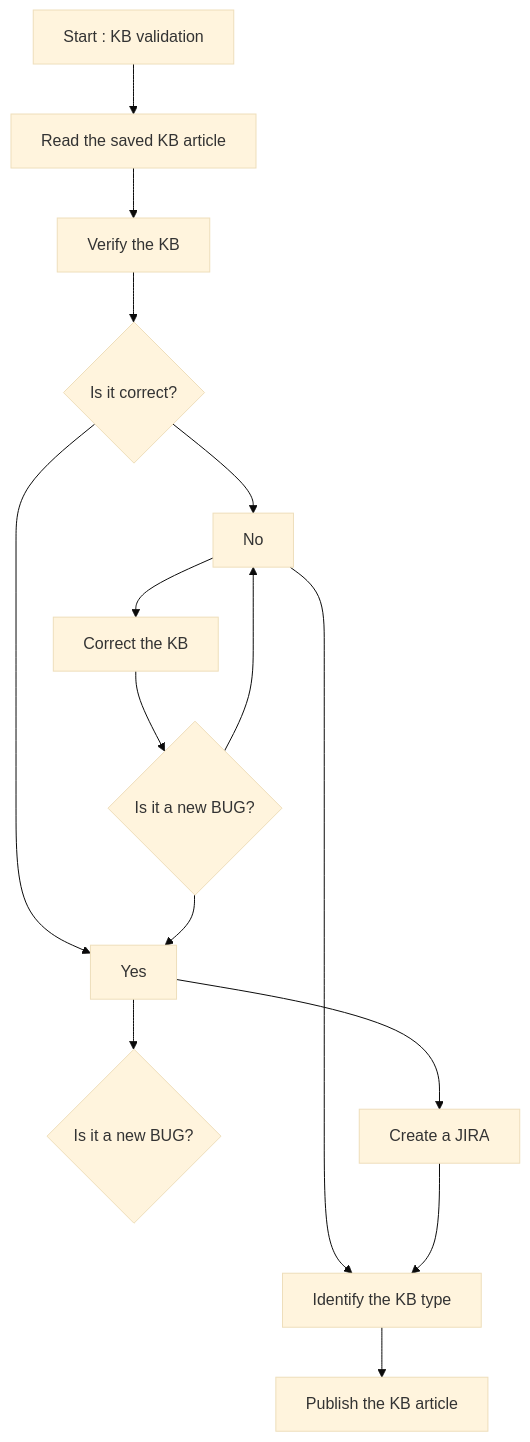
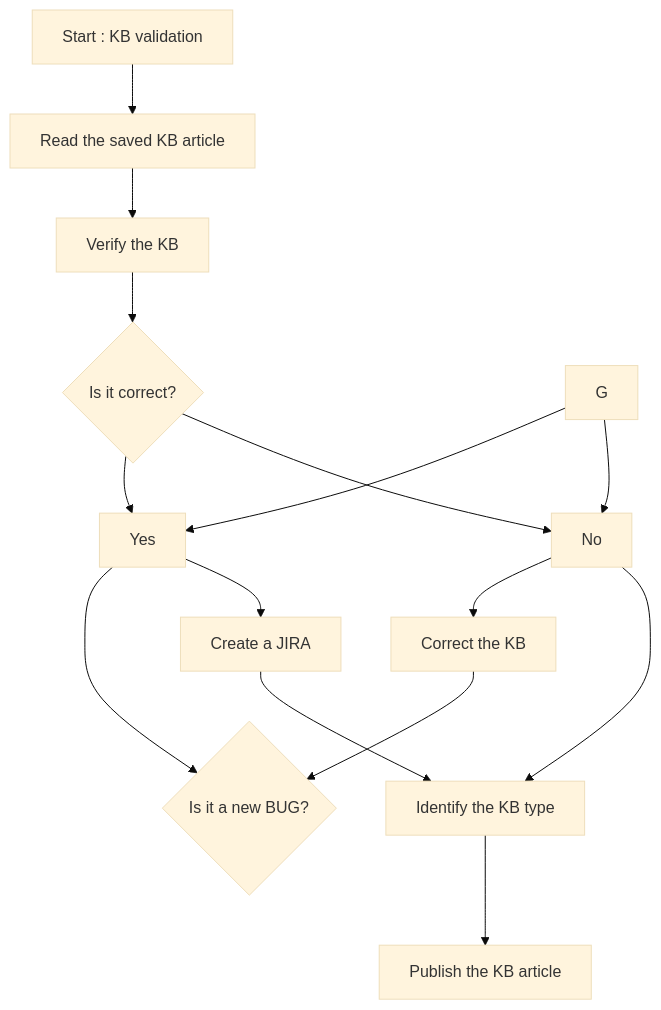
Before and after one commit to alexvea/KB: the third of 3 diagrams in README.md, drawn with Mermaid (base theme).

````diff
--- a/README.md
+++ b/README.md
@@ -165,13 +165,13 @@
 ```mermaid
 flowchart TD
 A[Start : KB validation] --> B[Read the saved KB article];
 B[Read the saved KB article] --> C[Verify the KB];
 C[Verify the KB] --> D{Is it correct?};
 D --> Yes --> E{Is it a new BUG?};
 D --> No --> F[Correct the KB];
-F[Correct the KB] --> G{Is it a new BUG?}
+F --> E{Is it a new BUG?}
 G --> Yes --> H[Create a JIRA];
 G --> No --> I[Identify the KB type];
-H[Create a JIRA] --> I[Identify the KB type];
+H --> I[Identify the KB type];
 I[Identify the KB type] --> J[Publish the KB article];
 ```
````
